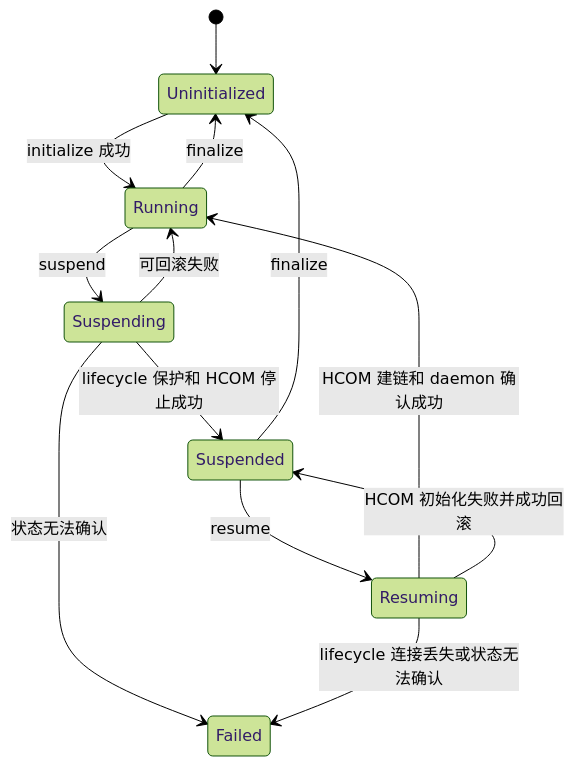
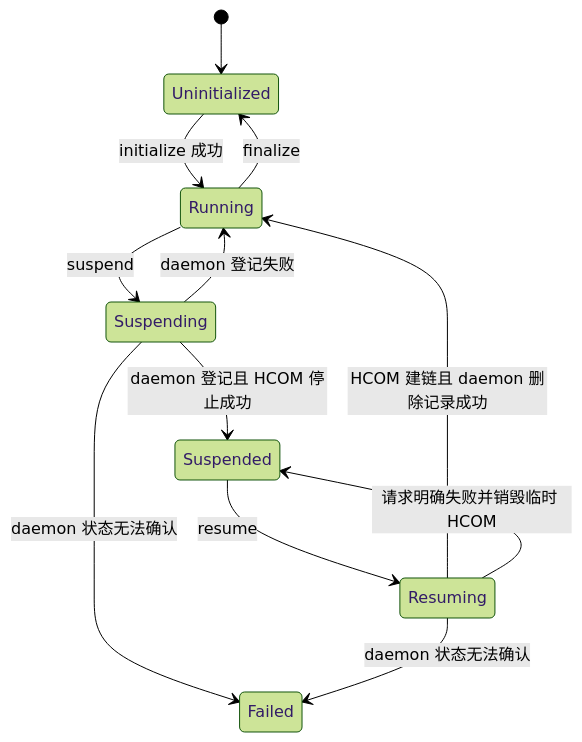
The third of 3 diagrams in docs/zh/ipc_suspend_resume_design.md (openeuler-mirror/ubs-mem), drawn with Mermaid (forest theme) before and after one commit. The commit also changed other lines of this file, not shown here.

````diff
--- a/docs/zh/ipc_suspend_resume_design.md
+++ b/docs/zh/ipc_suspend_resume_design.md
@@ -219,15 +288,14 @@
 ```mermaid
 stateDiagram-v2
     [*] --> Uninitialized
     Uninitialized --> Running: initialize 成功
     Running --> Suspending: suspend
-    Suspending --> Suspended: lifecycle 保护和 HCOM 停止成功
-    Suspending --> Running: 可回滚失败
-    Suspending --> Failed: 状态无法确认
+    Suspending --> Suspended: daemon 登记且 HCOM 停止成功
+    Suspending --> Running: daemon 登记失败
+    Suspending --> Failed: daemon 状态无法确认
     Suspended --> Resuming: resume
-    Resuming --> Running: HCOM 建链和 daemon 确认成功
-    Resuming --> Suspended: HCOM 初始化失败并成功回滚
-    Resuming --> Failed: lifecycle 连接丢失或状态无法确认
+    Resuming --> Running: HCOM 建链且 daemon 删除记录成功
+    Resuming --> Suspended: 请求明确失败并销毁临时 HCOM
+    Resuming --> Failed: daemon 状态无法确认
     Running --> Uninitialized: finalize
-    Suspended --> Uninitialized: finalize
 ```
````
